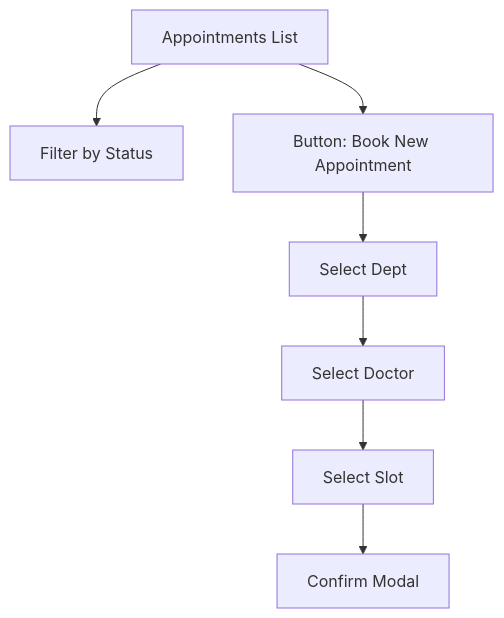
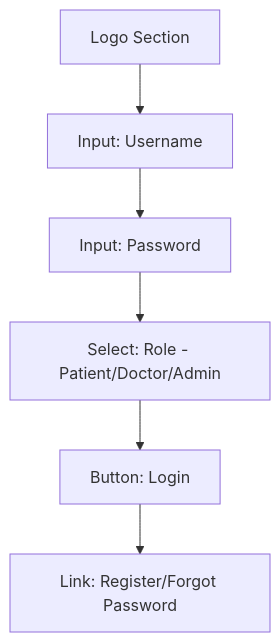
One commit to Rupesh09876/SYP---Frontend changed the first of 4 diagrams in Documentation/Wireframes.md. Above: the diagram before and after it, drawn with Mermaid. The commit also changed other lines of this file, not shown here.

````diff
--- a/Documentation/Wireframes.md
+++ b/Documentation/Wireframes.md
@@ -14,7 +12,8 @@
 ```mermaid
 graph TD
-    A[Appointments List] --> B[Filter by Status]
-    A --> C[Button: Book New Appointment]
-    C --> D[Select Dept] --> E[Select Doctor]
-    E --> F[Select Slot] --> G[Confirm Modal]
+    A[Logo Section] --> B[Input: Username]
+    B --> C[Input: Password]
+    C --> D[Select: Role - Patient/Doctor/Admin]
+    D --> E[Button: Login]
+    E --> F[Link: Register/Forgot Password]
 ```
````
